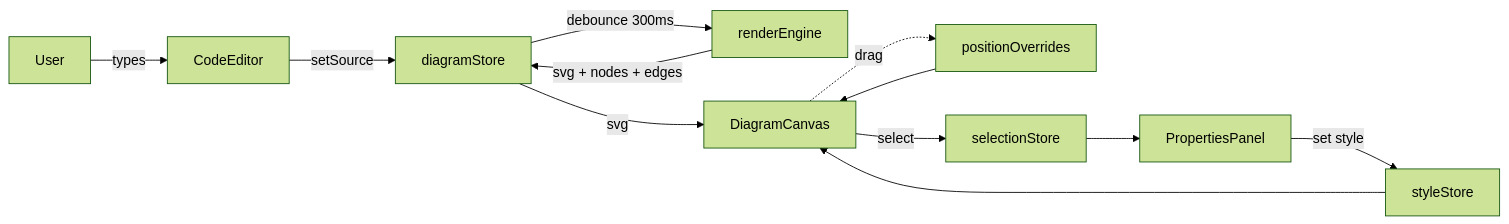
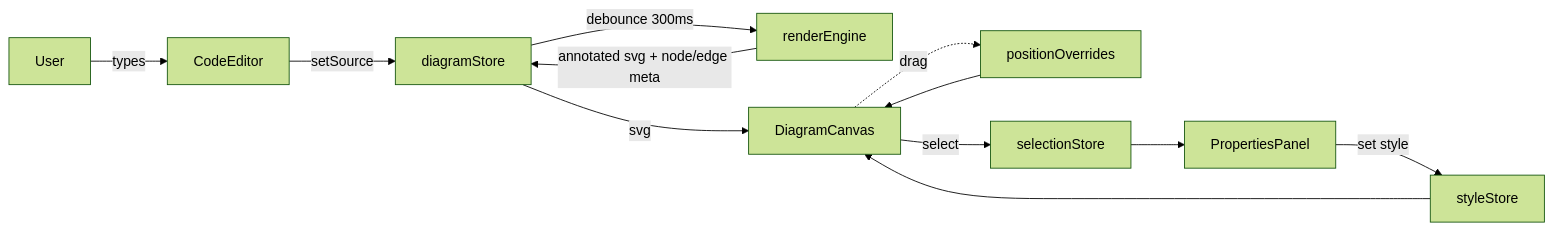
Before and after one commit to elye/web_mermaid_diagram_interactive: the diagram in docs/architecture.md, drawn with Mermaid (forest theme). The commit also changed other lines of this file and 15 other files, not shown here.

````diff
--- a/docs/architecture.md
+++ b/docs/architecture.md
@@ -36,14 +120,14 @@
 ```mermaid
 flowchart LR
   User -->|types| CodeEditor
   CodeEditor -->|setSource| diagramStore
   diagramStore -->|debounce 300ms| renderEngine
-  renderEngine -->|svg + nodes + edges| diagramStore
+  renderEngine -->|annotated svg + node/edge meta| diagramStore
   diagramStore -->|svg| DiagramCanvas
   DiagramCanvas -.->|drag| positionOverrides
   positionOverrides --> DiagramCanvas
   DiagramCanvas -->|select| selectionStore
   selectionStore --> PropertiesPanel
   PropertiesPanel -->|set style| styleStore
   styleStore --> DiagramCanvas
 ```
````
